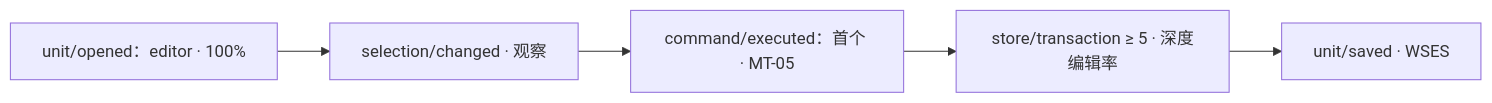
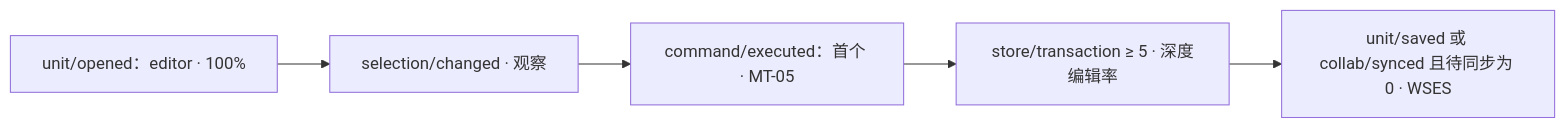
Before and after one commit to Xeonice/cordis-ppt-editor: the third of 5 diagrams in docs/10-prd/06-metrics-and-analytics.md, drawn with Mermaid. The commit also changed other lines of this file and 19 other files, not shown here.

````diff
--- a/docs/10-prd/06-metrics-and-analytics.md
+++ b/docs/10-prd/06-metrics-and-analytics.md
@@ -186,5 +192,5 @@
 ```mermaid
 flowchart LR
   e1["unit/opened：editor · 100%"] --> e2["selection/changed · 观察"] --> e3["command/executed：首个 · MT-05"]
-  e3 --> e4["store/transaction ≥ 5 · 深度编辑率"] --> e5["unit/saved · WSES"]
+  e3 --> e4["store/transaction ≥ 5 · 深度编辑率"] --> e5["unit/saved 或 collab/synced 且待同步为 0 · WSES"]
 ```
````
